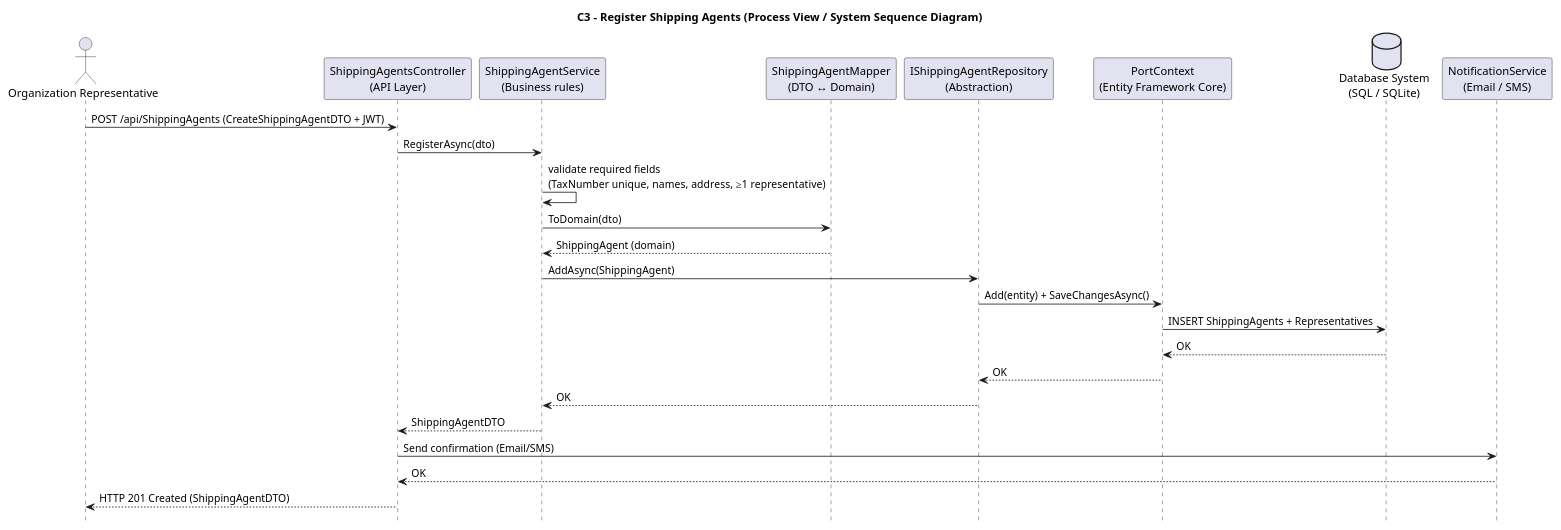
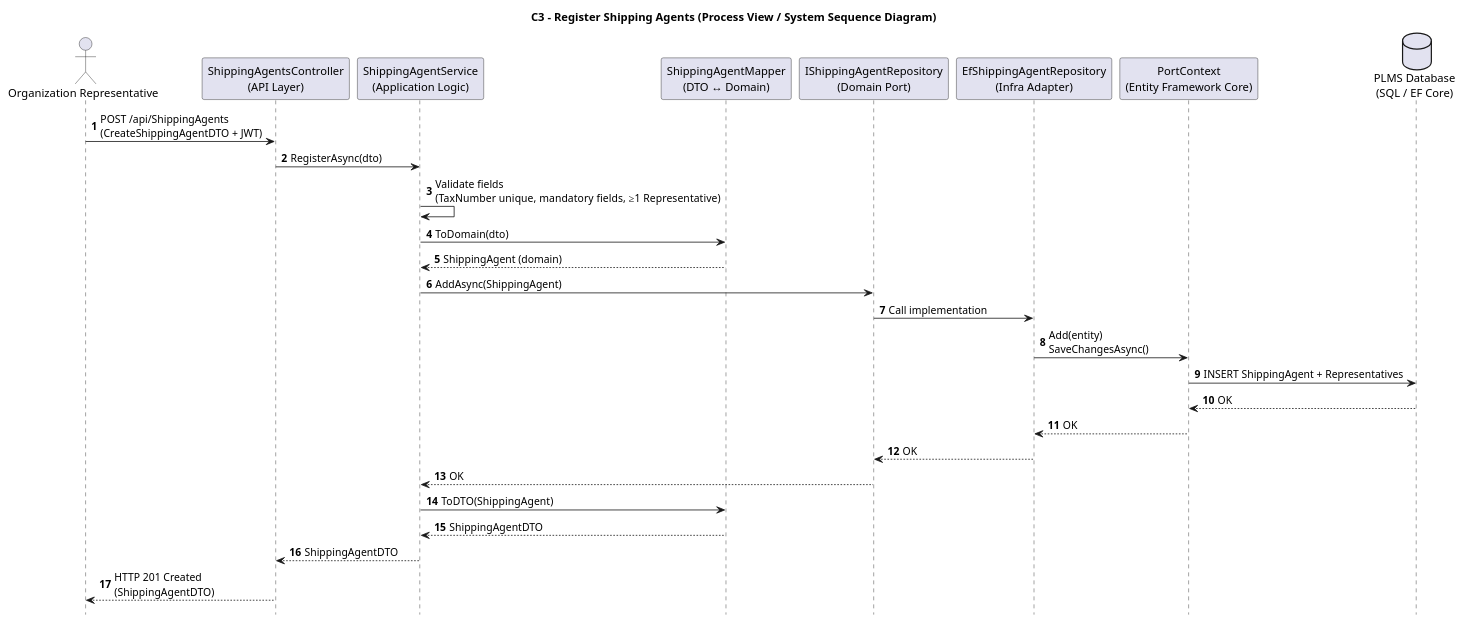
The diagram in Docs/Sprint A/US 2.2.5/Modelo c4/C3_Processos.puml (Departamento-de-Engenharia-Informatica/LEI-SEM5-PI-2025-26-3DM-03), drawn with PlantUML before and after one commit. The commit also changed 11 other files, not shown here.

```diff
--- a/Docs/Sprint A/US 2.2.5/Modelo c4/C3_Processos.puml
+++ b/Docs/Sprint A/US 2.2.5/Modelo c4/C3_Processos.puml
@@ -1,33 +1,37 @@
 @startuml C3_Register_Shipping_Agents_Process_View
 title C3 – Register Shipping Agents (Process View / System Sequence Diagram)
 hide footbox
+autonumber
 
 actor "Organization Representative" as Rep
 participant "ShippingAgentsController\n(API Layer)" as Controller
-participant "ShippingAgentService\n(Business rules)" as Service
+participant "ShippingAgentService\n(Application Logic)" as Service
 participant "ShippingAgentMapper\n(DTO ↔ Domain)" as Mapper
-participant "IShippingAgentRepository\n(Abstraction)" as Repo
+participant "IShippingAgentRepository\n(Domain Port)" as Repo
+participant "EfShippingAgentRepository\n(Infra Adapter)" as RepoImpl
 participant "PortContext\n(Entity Framework Core)" as Context
-database "Database System\n(SQL / SQLite)" as DB
-participant "NotificationService\n(Email / SMS)" as Notif
+database "PLMS Database\n(SQL / EF Core)" as DB
 
-Rep -> Controller : POST /api/ShippingAgents (CreateShippingAgentDTO + JWT)
+' === Fluxo principal ===
+Rep -> Controller : POST /api/ShippingAgents\n(CreateShippingAgentDTO + JWT)
 Controller -> Service : RegisterAsync(dto)
 
-Service -> Service : validate required fields\n(TaxNumber unique, names, address, ≥1 representative)
+Service -> Service : Validate fields\n(TaxNumber unique, mandatory fields, ≥1 Representative)
 Service -> Mapper : ToDomain(dto)
 Mapper --> Service : ShippingAgent (domain)
 
 Service -> Repo : AddAsync(ShippingAgent)
-Repo -> Context : Add(entity) + SaveChangesAsync()
-Context -> DB : INSERT ShippingAgents + Representatives
+Repo -> RepoImpl : Call implementation
+RepoImpl -> Context : Add(entity)\nSaveChangesAsync()
+Context -> DB : INSERT ShippingAgent + Representatives
 DB --> Context : OK
-Context --> Repo : OK
+Context --> RepoImpl : OK
+RepoImpl --> Repo : OK
 Repo --> Service : OK
 
+Service -> Mapper : ToDTO(ShippingAgent)
+Mapper --> Service : ShippingAgentDTO
 Service --> Controller : ShippingAgentDTO
-Controller -> Notif : Send confirmation (Email/SMS)
-Notif --> Controller : OK
+Controller --> Rep : HTTP 201 Created\n(ShippingAgentDTO)
 
-Controller --> Rep : HTTP 201 Created (ShippingAgentDTO)
 @enduml
```
